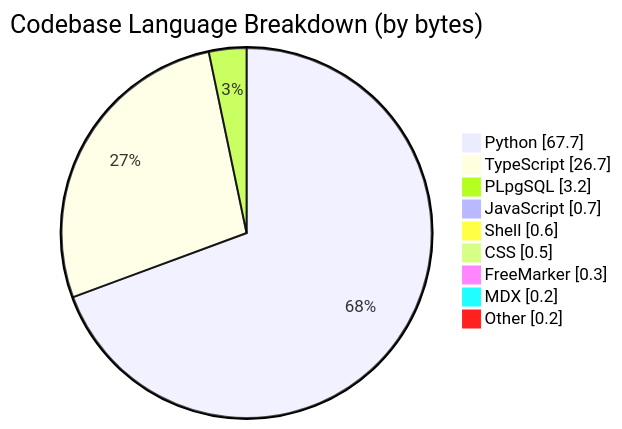
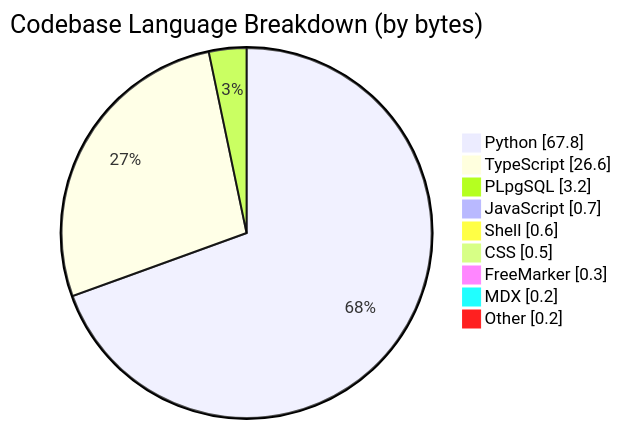
One commit to CSTH-Projects/.github changed the third of 4 diagrams in profile/README.md. Above: the diagram before and after it, drawn with Mermaid. The commit also changed other lines of this file, not shown here.

````diff
--- a/profile/README.md
+++ b/profile/README.md
@@ -63,13 +63,13 @@
 ```mermaid
 pie showData
     title Codebase Language Breakdown (by bytes)
-    "Python" : 67.7
-    "TypeScript" : 26.7
+    "Python" : 67.8
+    "TypeScript" : 26.6
     "PLpgSQL" : 3.2
     "JavaScript" : 0.7
     "Shell" : 0.6
     "CSS" : 0.5
     "FreeMarker" : 0.3
     "MDX" : 0.2
     "Other" : 0.2
 ```
````
